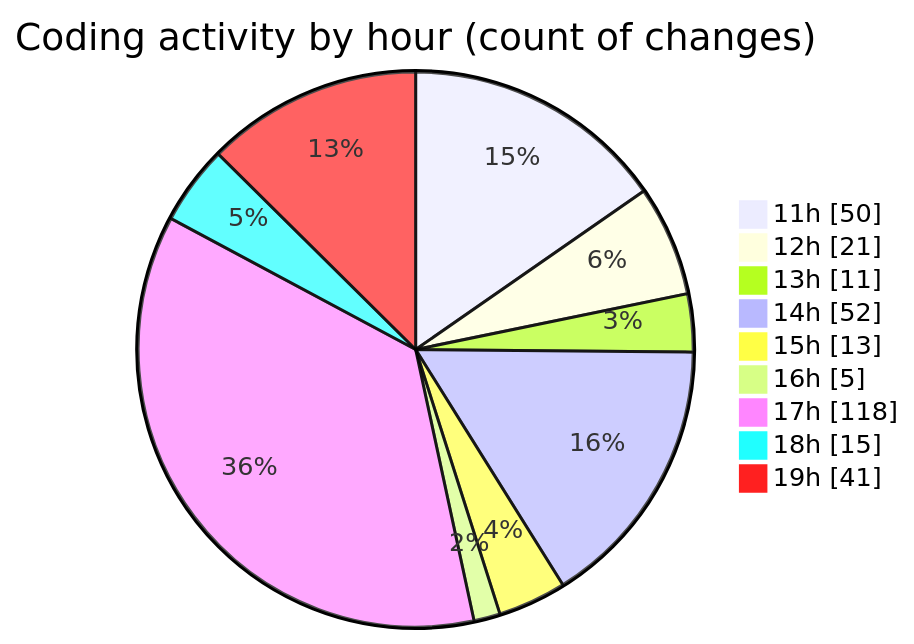
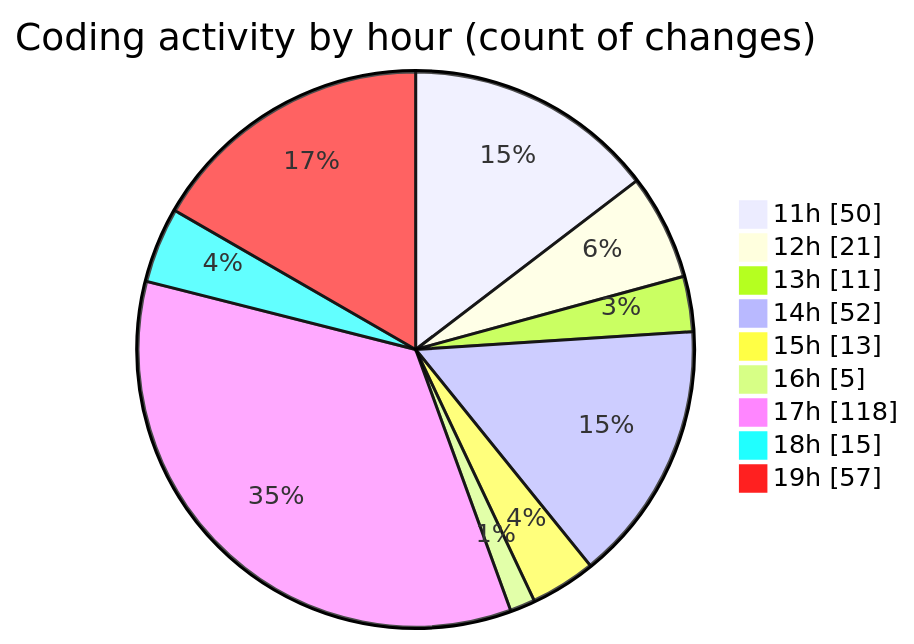
Before and after one commit to tmsrecording-cyber/code-tracking: the second of 2 diagrams in 2026-02-06/singularitybrainai/README.md, drawn with Mermaid. The commit also changed other lines of this file and 1 other file, not shown here.

````diff
--- a/2026-02-06/singularitybrainai/README.md
+++ b/2026-02-06/singularitybrainai/README.md
@@ -51,13 +52,13 @@
 ```mermaid
 pie showData
 title Coding activity by hour (count of changes)
 "11h" : 50
 "12h" : 21
 "13h" : 11
 "14h" : 52
 "15h" : 13
 "16h" : 5
 "17h" : 118
 "18h" : 15
-"19h" : 41
+"19h" : 57
 ```
````
